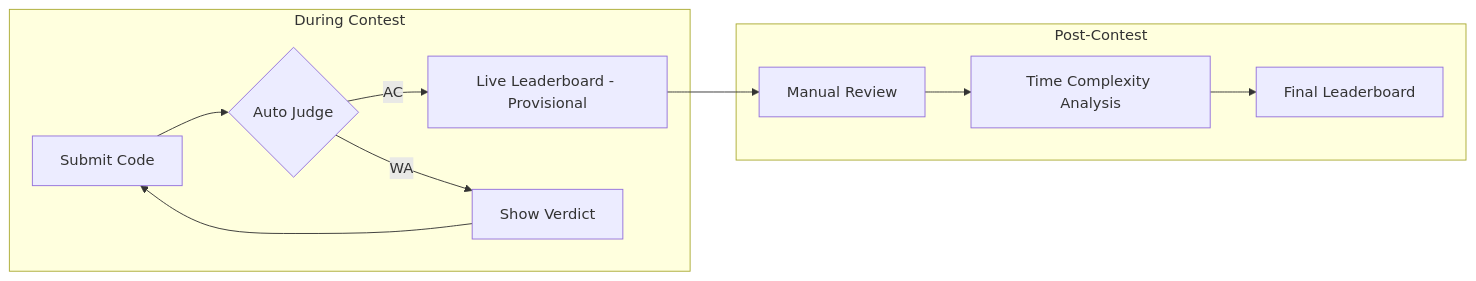
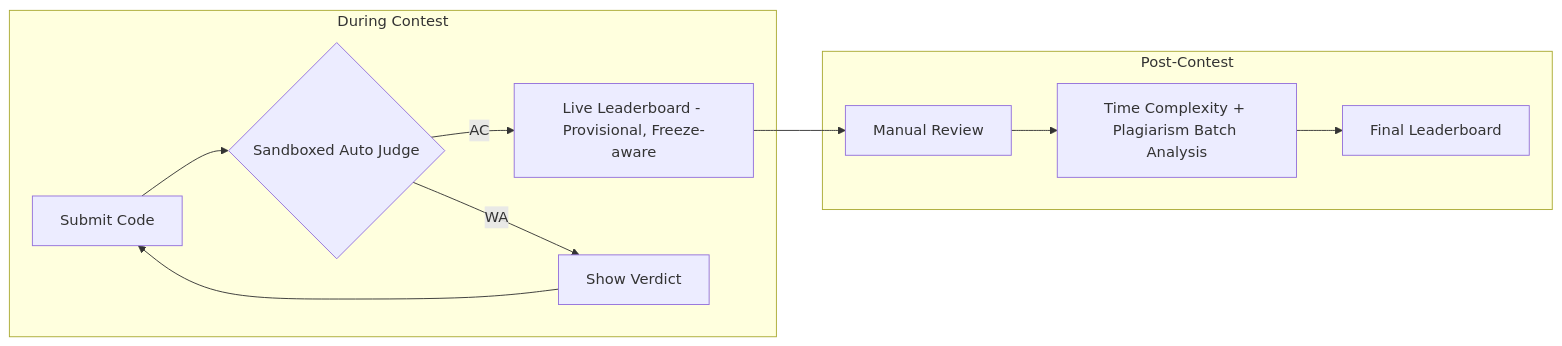
One commit to mrinmoyChakraborty-mrinox/ByteArena changed the fourth of 8 diagrams in README.md. Above: the diagram before and after it, drawn with Mermaid. The commit also changed other lines of this file and 2 other files, not shown here.

Commit message:
feat: add detailed architecture documentation and execution roadmap

````diff
--- a/README.md
+++ b/README.md
@@ -104,16 +109,16 @@
 ```mermaid
 flowchart LR
     subgraph Live["During Contest"]
-        A[Submit Code] --> B{Auto Judge}
-        B -->|AC| C[Live Leaderboard - Provisional]
+        A[Submit Code] --> B{Sandboxed Auto Judge}
+        B -->|AC| C[Live Leaderboard - Provisional, Freeze-aware]
         B -->|WA| D[Show Verdict]
     end
 
     subgraph Post["Post-Contest"]
-        E[Manual Review] --> F[Time Complexity Analysis]
+        E[Manual Review] --> F[Time Complexity + Plagiarism Batch Analysis]
         F --> G[Final Leaderboard]
     end
 
     C --> E
     D --> A
 ```
````
